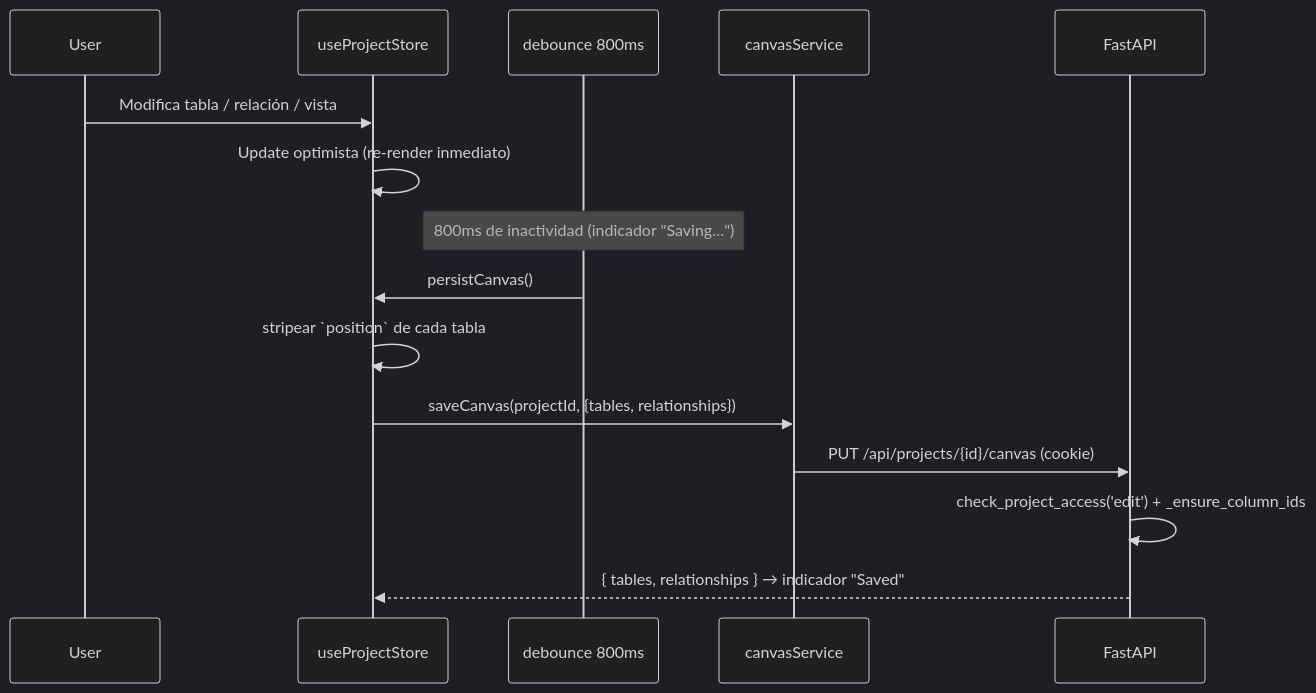
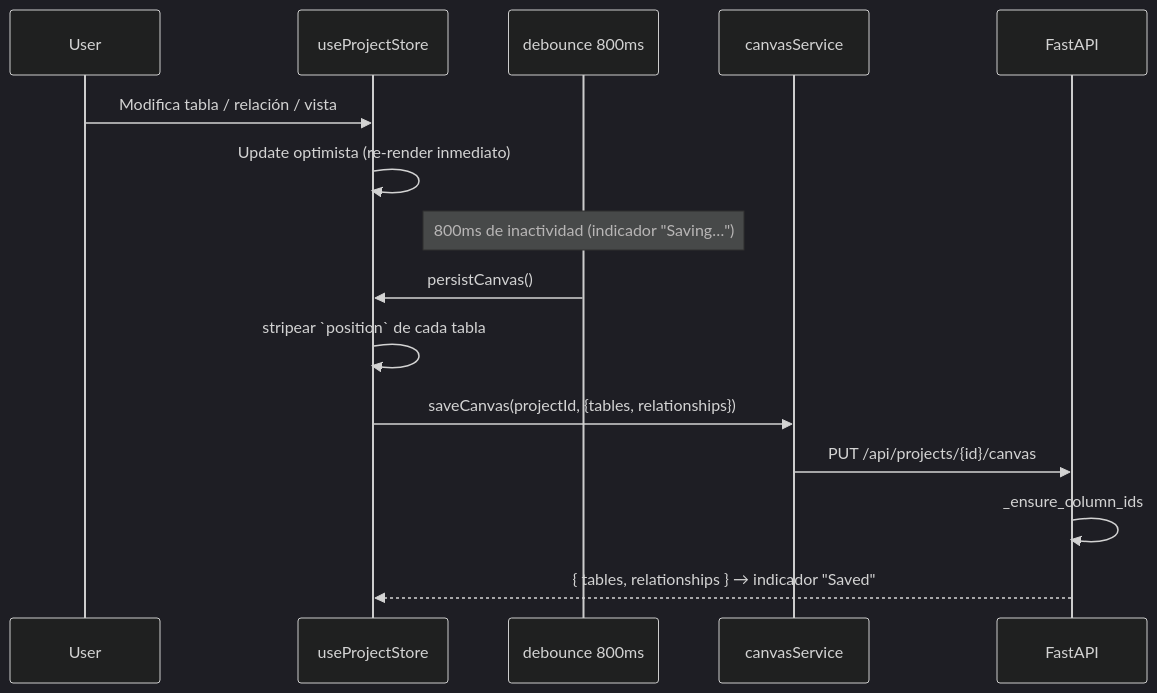
One commit to Carlosmps97/web-data-model-hub changed the second of 6 diagrams in doc/data-flow.md. Above: the diagram before and after it, drawn with Mermaid (dark theme). The commit also changed other lines of this file and 181 other files, not shown here.

````diff
--- a/doc/data-flow.md
+++ b/doc/data-flow.md
@@ -74,18 +59,18 @@
 ```mermaid
 sequenceDiagram
     participant U as User
     participant S as useProjectStore
     participant DBC as debounce 800ms
     participant SVC as canvasService
     participant FA as FastAPI
 
     U->>S: Modifica tabla / relación / vista
     S->>S: Update optimista (re-render inmediato)
     Note over DBC: 800ms de inactividad (indicador "Saving…")
     DBC->>S: persistCanvas()
     S->>S: stripear `position` de cada tabla
     S->>SVC: saveCanvas(projectId, {tables, relationships})
-    SVC->>FA: PUT /api/projects/{id}/canvas (cookie)
-    FA->>FA: check_project_access('edit') + _ensure_column_ids
+    SVC->>FA: PUT /api/projects/{id}/canvas
+    FA->>FA: _ensure_column_ids
     FA-->>S: { tables, relationships } → indicador "Saved"
 ```
````
